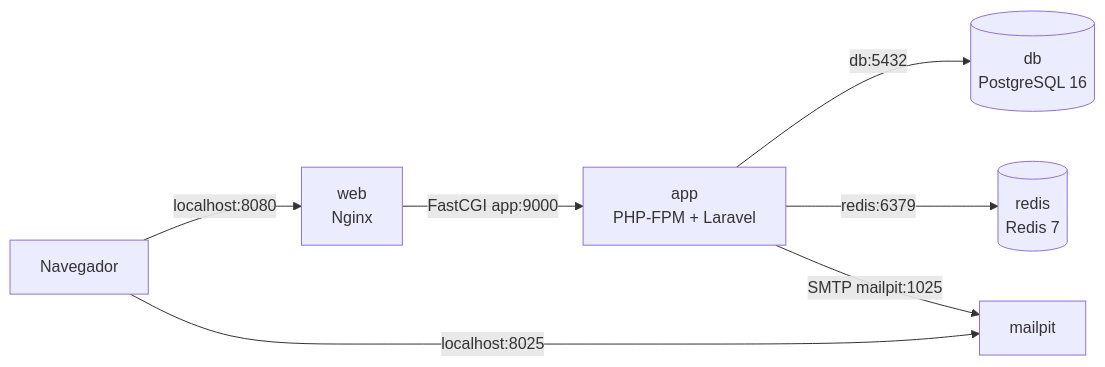
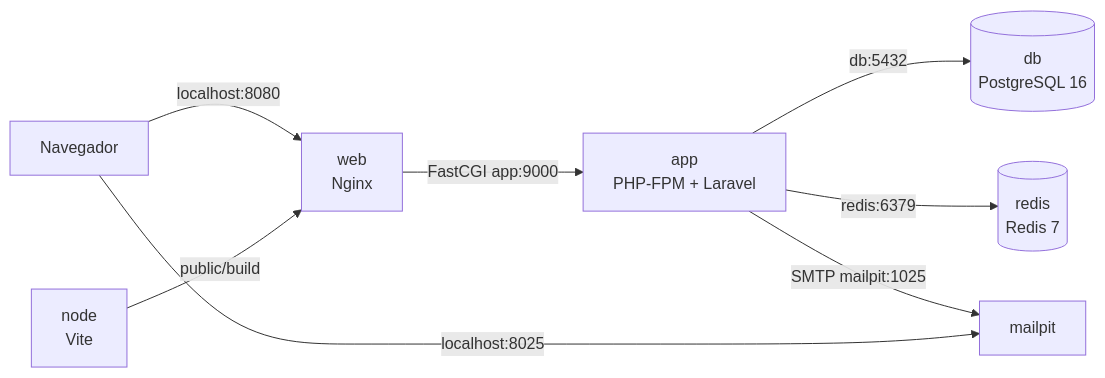
The first of 4 diagrams in docs/arquitectura.md (Pacotez12/agendturnos-prog4), drawn with Mermaid before and after one commit. The commit also changed other lines of this file and 5 other files, not shown here.

First line of the commit message:
chore(SCRUM-38): contenedor node para compilar los assets con Vite (#3)

````diff
--- a/docs/arquitectura.md
+++ b/docs/arquitectura.md
@@ -69,9 +69,10 @@
 ```mermaid
 flowchart LR
     B[Navegador] -- "localhost:8080" --> W[web<br/>Nginx]
     W -- "FastCGI app:9000" --> A[app<br/>PHP-FPM + Laravel]
     A -- "db:5432" --> D[(db<br/>PostgreSQL 16)]
     A -- "redis:6379" --> R[(redis<br/>Redis 7)]
     A -- "SMTP mailpit:1025" --> M[mailpit]
     B -- "localhost:8025" --> M
+    N[node<br/>Vite] -- "public/build" --> W
 ```
````
